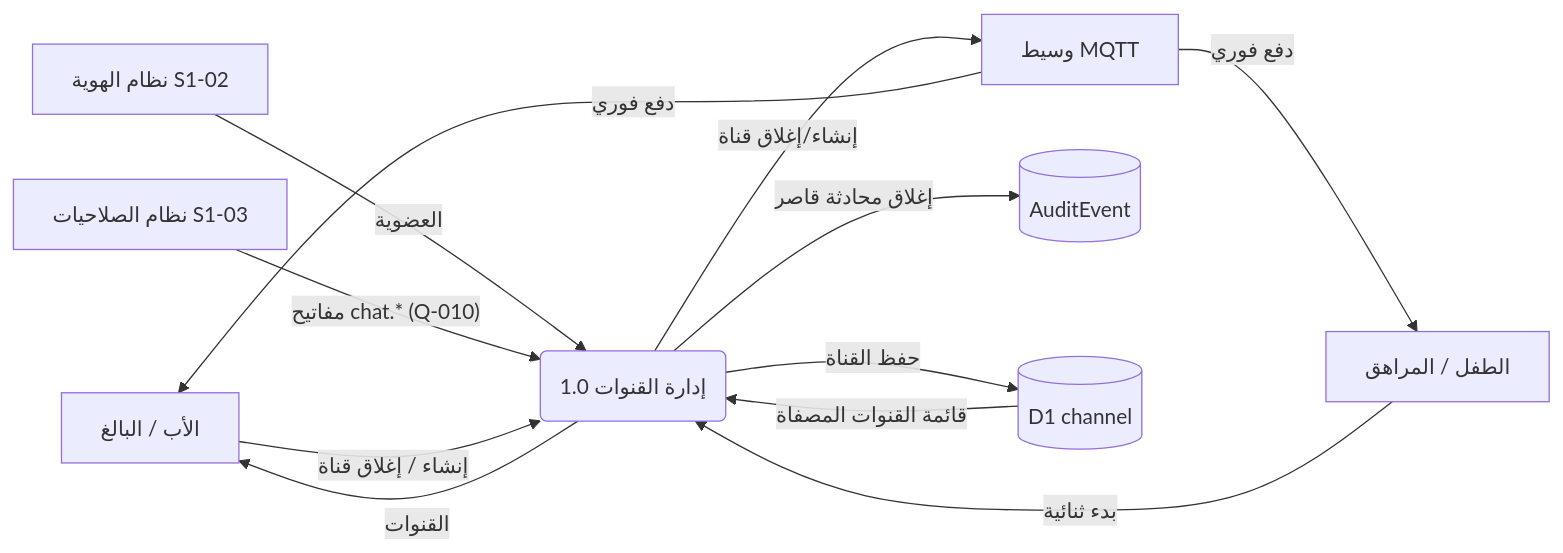
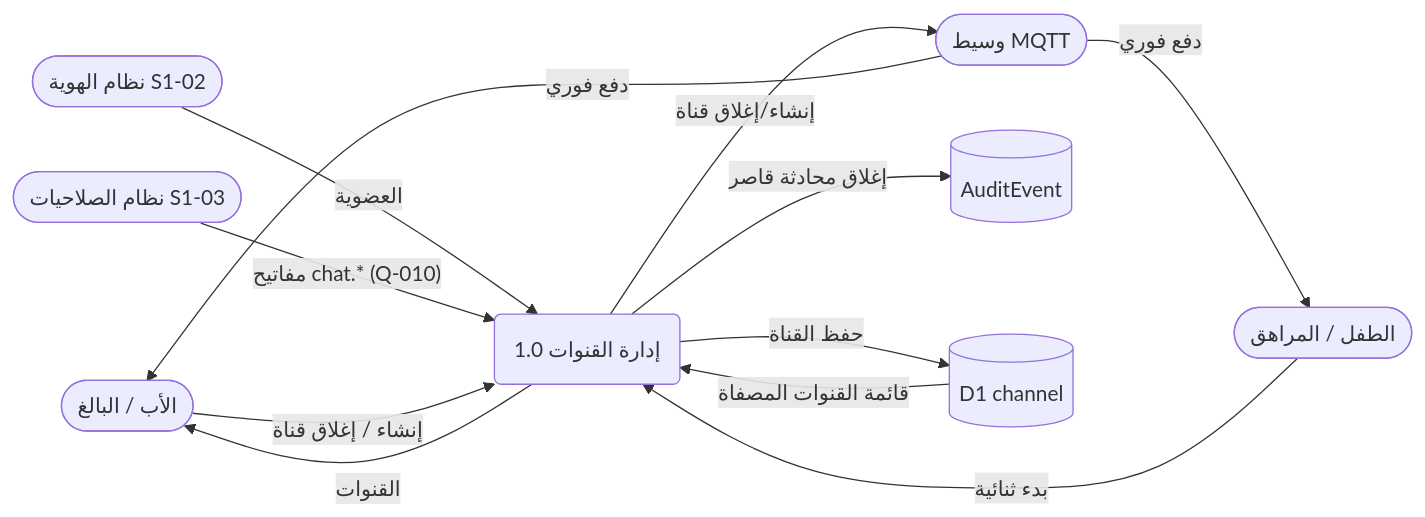
One commit to Bassam-mohammed-alqaeadi/family-os-v2 changed diagram 18 of 27 in docs/family-os/governance/phases/phase-1/S1-08-chat-basic/DIAGRAMS.md. Above: the diagram before and after it, drawn with Mermaid. The commit also changed other lines of this file, not shown here.

````diff
--- a/docs/family-os/governance/phases/phase-1/S1-08-chat-basic/DIAGRAMS.md
+++ b/docs/family-os/governance/phases/phase-1/S1-08-chat-basic/DIAGRAMS.md
@@ -713,23 +715,23 @@
 ```mermaid
 flowchart LR
-    Father[الأب / البالغ]
-    Minor[الطفل / المراهق]
-    S102[نظام الهوية S1-02]
-    S103[نظام الصلاحيات S1-03]
-    MQTT[وسيط MQTT]
+    Father([الأب / البالغ])
+    Minor([الطفل / المراهق])
+    S102([نظام الهوية S1-02])
+    S103([نظام الصلاحيات S1-03])
+    MQTT([وسيط MQTT])
     Audit[(AuditEvent)]
     P1(1.0 إدارة القنوات)
     D1[(D1 channel)]
 
     S102 -->|العضوية| P1
     S103 -->|"مفاتيح chat.* (Q-010)"| P1
     Father -->|إنشاء / إغلاق قناة| P1
     Minor -->|بدء ثنائية| P1
     P1 -->|حفظ القناة| D1
     D1 -->|قائمة القنوات المصفاة| P1
     P1 -->|القنوات| Father
     P1 -->|إنشاء/إغلاق قناة| MQTT
     MQTT -->|دفع فوري| Father
     MQTT -->|دفع فوري| Minor
     P1 -->|إغلاق محادثة قاصر| Audit
 ```
````
